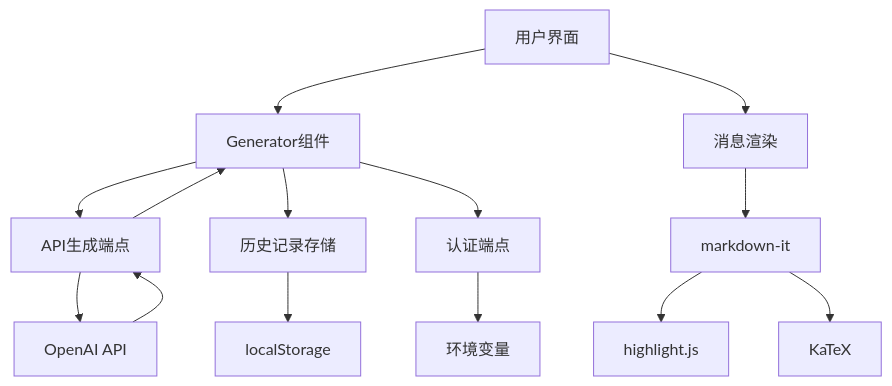
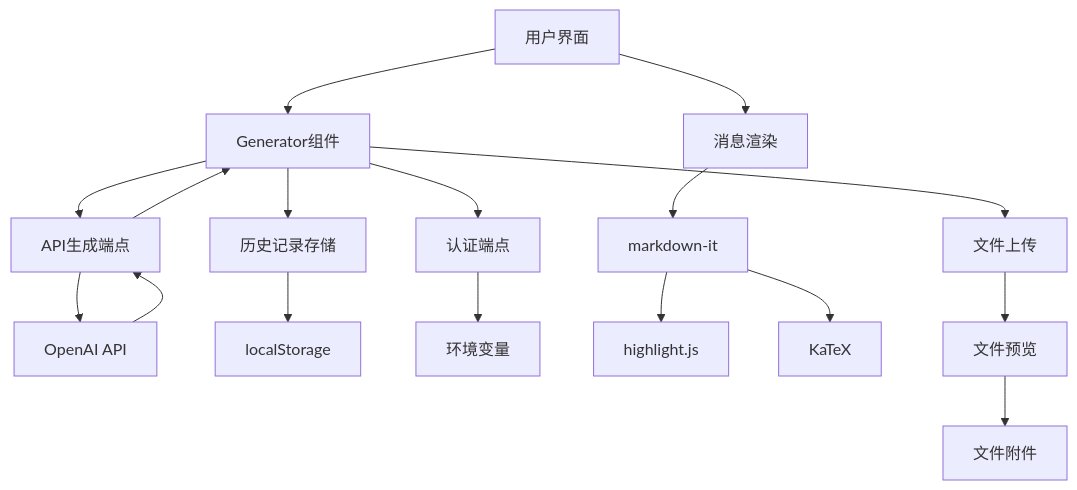
Before and after one commit to zfyime/chat-mini: the second of 11 diagrams in .qoder/repowiki/zh/content/项目概述.md, drawn with Mermaid. The commit also changed other lines of this file and 8 other files, not shown here.

````diff
--- a/.qoder/repowiki/zh/content/项目概述.md
+++ b/.qoder/repowiki/zh/content/项目概述.md
@@ -119,16 +138,19 @@
 ```mermaid
 graph TD
 A[用户界面] --> B[Generator组件]
 B --> C[API生成端点]
 C --> D[OpenAI API]
 D --> C
 C --> B
 B --> E[历史记录存储]
 E --> F[localStorage]
 B --> G[认证端点]
 G --> H[环境变量]
 A --> I[消息渲染]
 I --> J[markdown-it]
 J --> K[highlight.js]
 J --> L[KaTeX]
+B --> M[文件上传]
+M --> N[文件预览]
+N --> O[文件附件]
 ```
````
